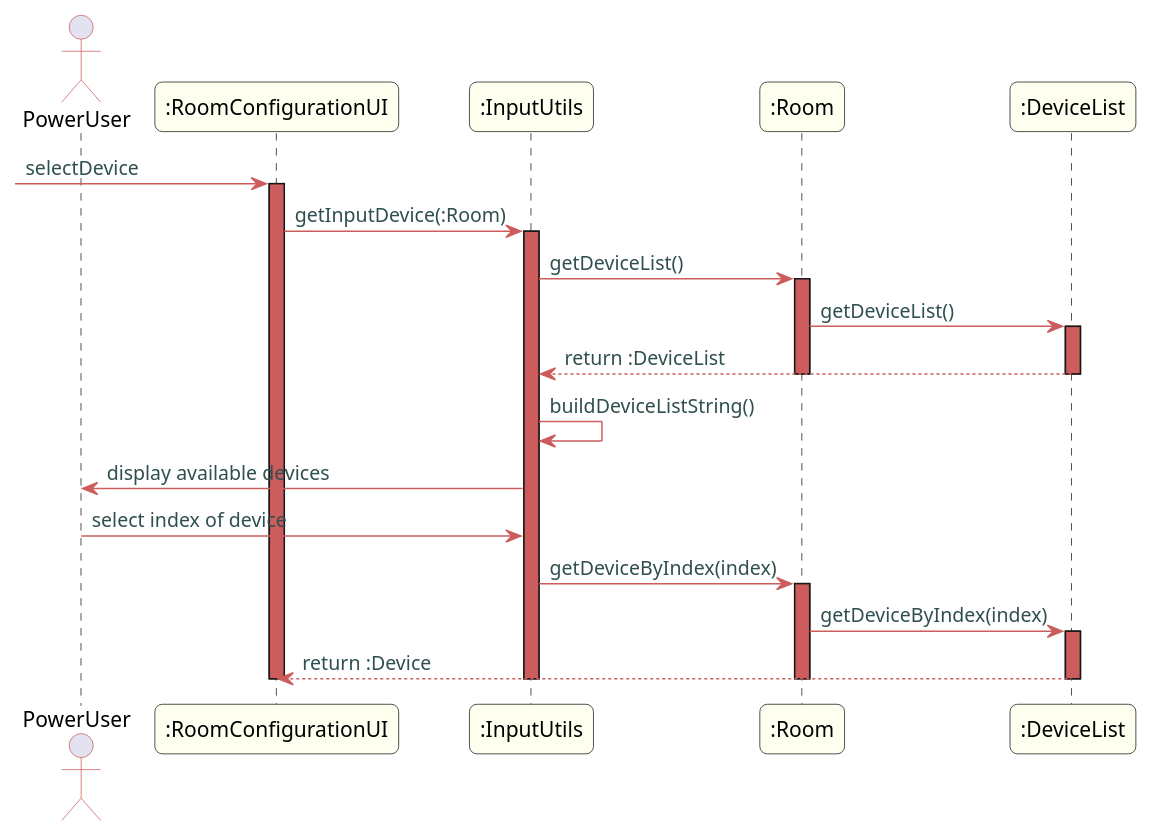
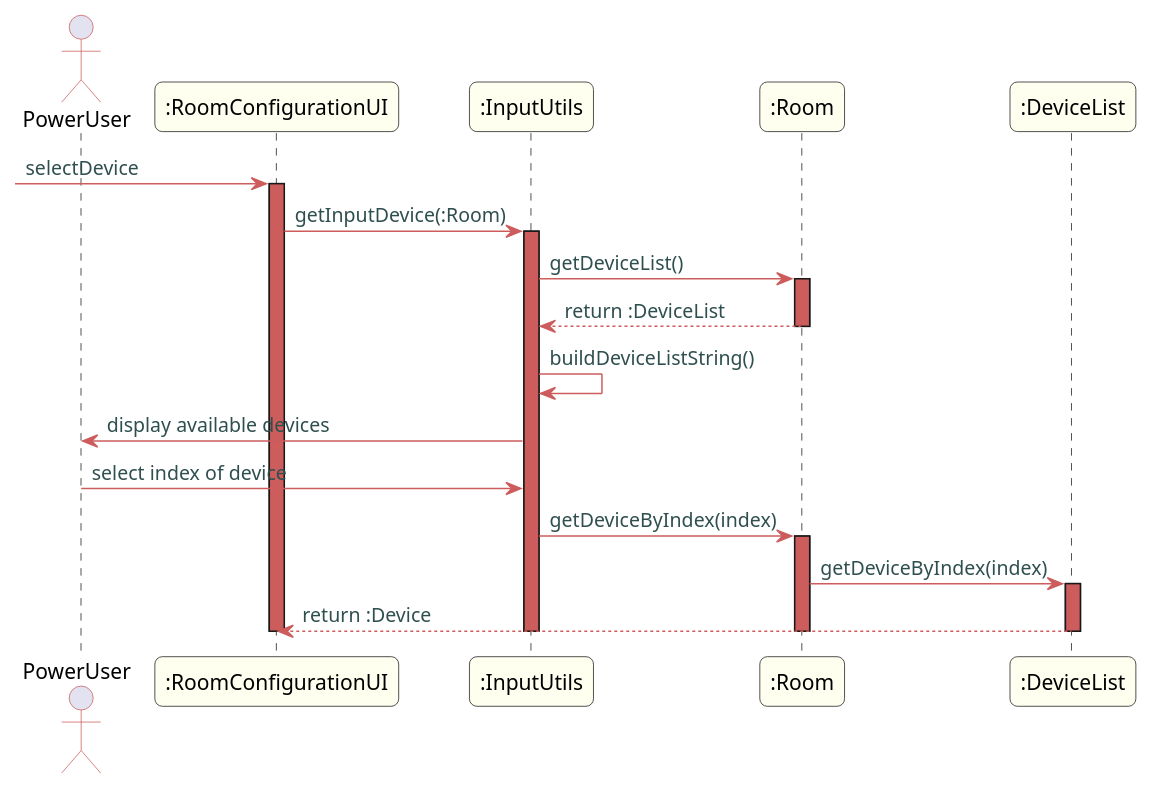
The diagram in uml/US222/US222 Ref Select Device.puml (Almadanmp/project), drawn with PlantUML before and after one commit. The commit also changed 2 other files, not shown here.

Commit message:
#103 - UML Sequence Diagram

```diff
--- a/uml/US222/US222 Ref Select Device.puml
+++ b/uml/US222/US222 Ref Select Device.puml
@@ -1,51 +1,48 @@
 @startuml
 
 skinparam titleBorderRoundCorner 10
 skinparam titleBorderThickness 3
 skinparam titleBorderColor indianred
 skinparam titleBackgroundColor ivory
 skinparam FontName quicksand
 
 skinparam actor {
  	BorderColor indianred
  	}
 
  skinparam sequence {
  	LifeLineBackgroundColor indianred
  	ParticipantBackgroundColor ivory
  }
 
  skinparam roundcorner 10
 
  skinparam component {
    arrowThickness 1
    ArrowFontName Verdana
    ArrowColor indianred
    ArrowFontColor darkslategrey
  }
 
 actor PowerUser
 -> ":RoomConfigurationUI": selectDevice
 activate ":RoomConfigurationUI"
 ":RoomConfigurationUI" -> ":InputUtils": getInputDevice(:Room)
 activate ":InputUtils"
 ":InputUtils" -> ":Room": getDeviceList()
 activate ":Room"
-":Room" -> ":DeviceList": getDeviceList()
-activate ":DeviceList"
-":DeviceList" --> ":InputUtils": return :DeviceList
-deactivate ":DeviceList"
+":Room" --> ":InputUtils": return :DeviceList
 deactivate ":Room"
 ":InputUtils" -> ":InputUtils": buildDeviceListString()
 ":InputUtils" -> PowerUser: display available devices
 PowerUser -> ":InputUtils":  select index of device
 ":InputUtils" -> ":Room": getDeviceByIndex(index)
 activate ":Room"
 ":Room" -> ":DeviceList": getDeviceByIndex(index)
 activate ":DeviceList"
 ":DeviceList" --> ":RoomConfigurationUI": return :Device
 deactivate ":DeviceList"
 deactivate ":Room"
 deactivate ":RoomConfigurationUI"
 deactivate ":InputUtils"
 @enduml
```
